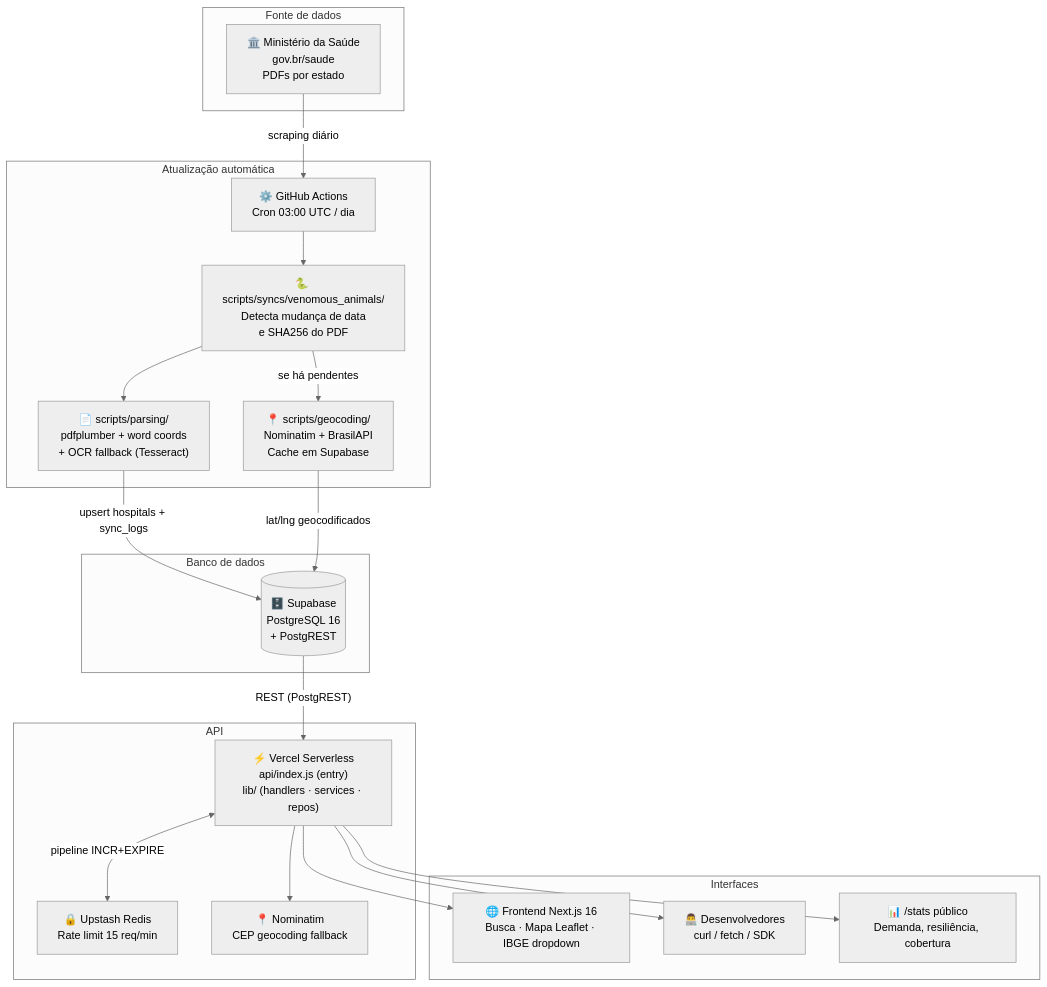
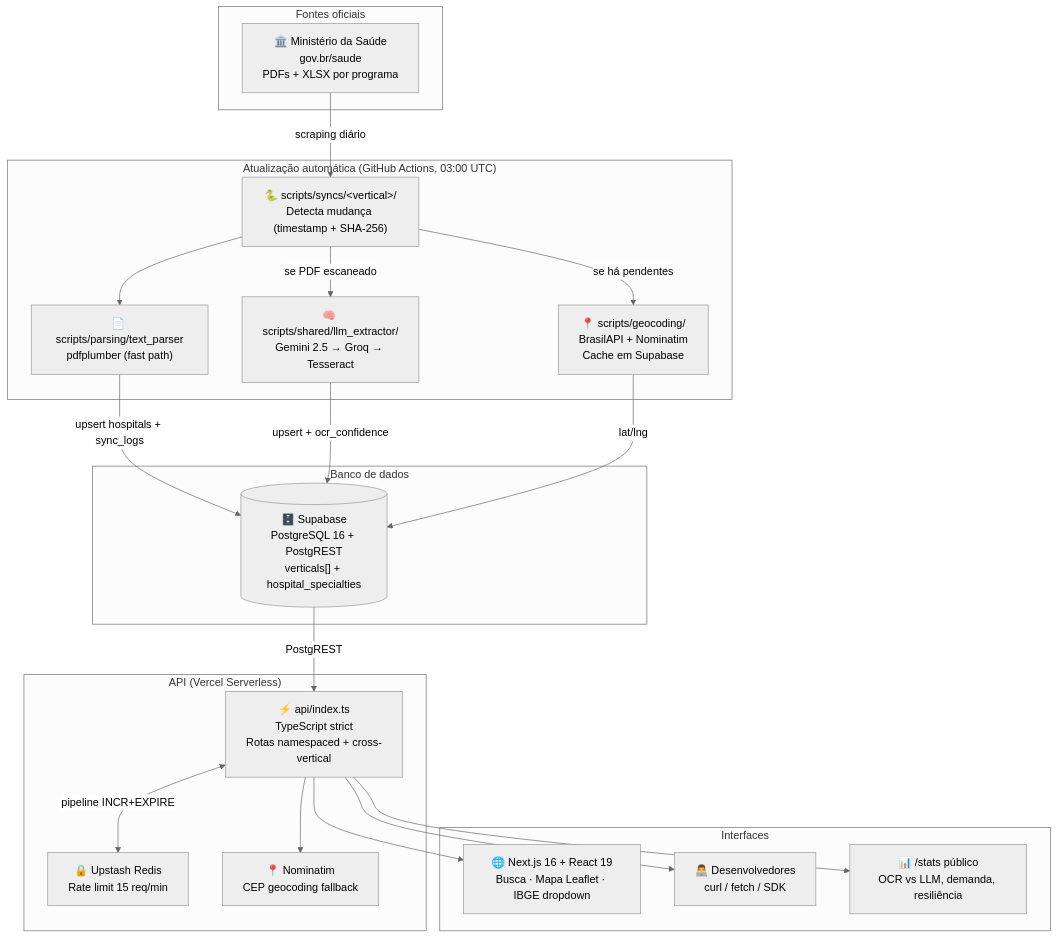
One commit to Codar-Sistemas/hospitais-referencia-api changed the first of 4 diagrams in README.md. Above: the diagram before and after it, drawn with Mermaid (neutral theme). The commit also changed other lines of this file, not shown here.

First line of the commit message:
docs: rewrite README for MapaSUS multi-vertical + TypeScript + LLM

````diff
--- a/README.md
+++ b/README.md
@@ -41,43 +52,44 @@
 ```mermaid
 graph TB
-    subgraph "Fonte de dados"
-        MS["🏛️ Ministério da Saúde<br/>gov.br/saude<br/>PDFs por estado"]
+    subgraph "Fontes oficiais"
+        MS["🏛️ Ministério da Saúde<br/>gov.br/saude<br/>PDFs + XLSX por programa"]
     end
 
-    subgraph "Atualização automática"
-        GHA["⚙️ GitHub Actions<br/>Cron 03:00 UTC / dia"]
-        SYNC["🐍 scripts/syncs/venomous_animals/<br/>Detecta mudança de data<br/>e SHA256 do PDF"]
-        PARSER["📄 scripts/parsing/<br/>pdfplumber + word coords<br/>+ OCR fallback (Tesseract)"]
-        GEO["📍 scripts/geocoding/<br/>Nominatim + BrasilAPI<br/>Cache em Supabase"]
+    subgraph "Atualização automática (GitHub Actions, 03:00 UTC)"
+        SYNC["🐍 scripts/syncs/&lt;vertical&gt;/<br/>Detecta mudança (timestamp + SHA-256)"]
+        TEXT["📄 scripts/parsing/text_parser<br/>pdfplumber (fast path)"]
+        LLM["🧠 scripts/shared/llm_extractor/<br/>Gemini 2.5 → Groq → Tesseract"]
+        GEO["📍 scripts/geocoding/<br/>BrasilAPI + Nominatim<br/>Cache em Supabase"]
     end
 
     subgraph "Banco de dados"
-        SB[("🗄️ Supabase<br/>PostgreSQL 16<br/>+ PostgREST")]
+        SB[("🗄️ Supabase<br/>PostgreSQL 16 + PostgREST<br/>verticals[] + hospital_specialties")]
     end
 
-    subgraph "API"
-        VR["⚡ Vercel Serverless<br/>api/index.js (entry)<br/>lib/ (handlers · services · repos)"]
+    subgraph "API (Vercel Serverless)"
+        VR["⚡ api/index.ts<br/>TypeScript strict<br/>Rotas namespaced + cross-vertical"]
         RL["🔒 Upstash Redis<br/>Rate limit 15 req/min"]
         NOM["📍 Nominatim<br/>CEP geocoding fallback"]
     end
 
     subgraph "Interfaces"
-        WEB["🌐 Frontend Next.js 16<br/>Busca · Mapa Leaflet · IBGE dropdown"]
+        WEB["🌐 Next.js 16 + React 19<br/>Busca · Mapa Leaflet · IBGE dropdown"]
         DEV["👨‍💻 Desenvolvedores<br/>curl / fetch / SDK"]
-        STATS["📊 /stats público<br/>Demanda, resiliência, cobertura"]
+        STATS["📊 /stats público<br/>OCR vs LLM, demanda, resiliência"]
     end
 
-    MS -->|"scraping diário"| GHA
-    GHA --> SYNC
-    SYNC --> PARSER
-    PARSER -->|"upsert hospitals + sync_logs"| SB
+    MS -->|"scraping diário"| SYNC
+    SYNC --> TEXT
+    SYNC -->|"se PDF escaneado"| LLM
+    TEXT -->|"upsert hospitals + sync_logs"| SB
+    LLM -->|"upsert + ocr_confidence"| SB
     SYNC -->|"se há pendentes"| GEO
-    GEO -->|"lat/lng geocodificados"| SB
+    GEO -->|"lat/lng"| SB
 
-    SB -->|"REST (PostgREST)"| VR
+    SB -->|"PostgREST"| VR
     VR --> NOM
     VR <-->|"pipeline INCR+EXPIRE"| RL
     VR --> WEB
     VR --> DEV
     VR --> STATS
 ```
````
